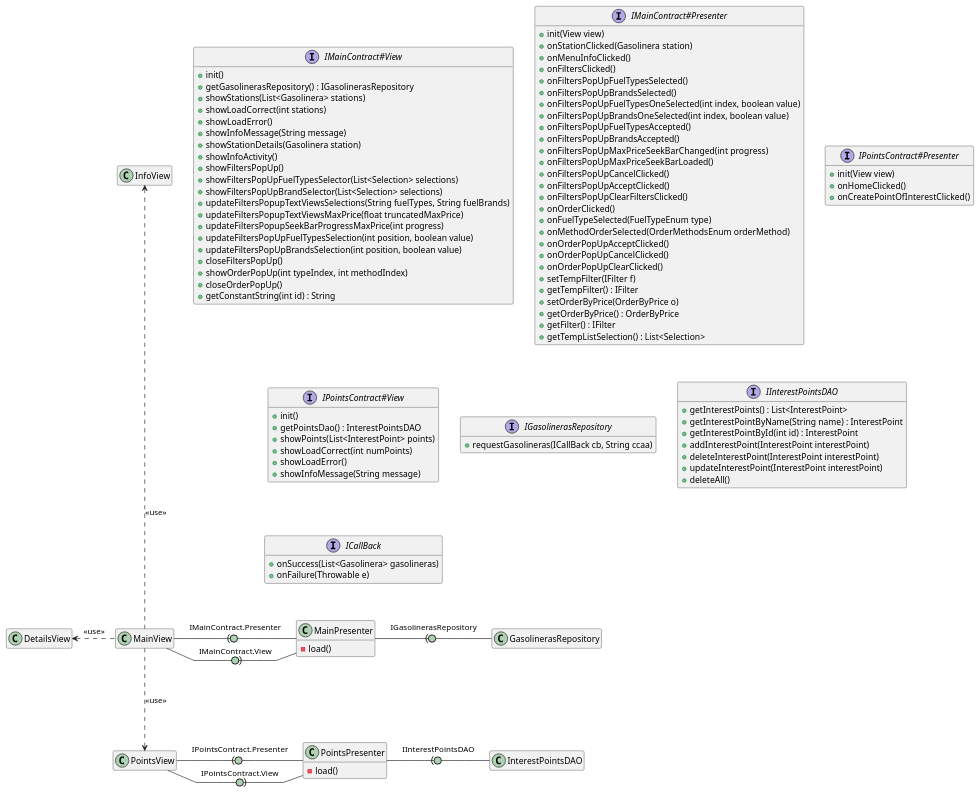
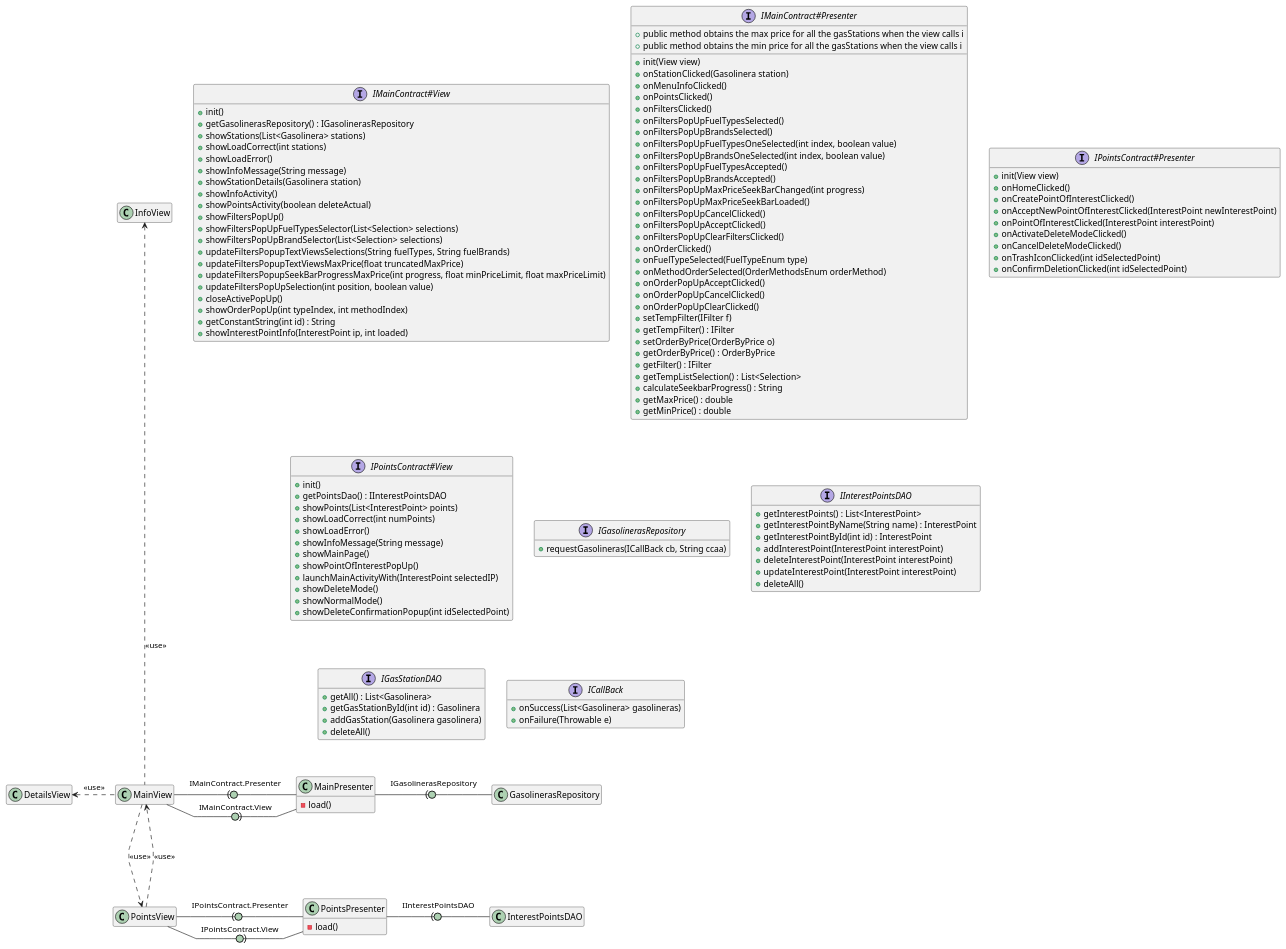
Before and after one commit to isunican/App-Gasolineras-Grupo1: the diagram in Docs/Models/architecture.puml, drawn with PlantUML.

Commit message:
Hacer uml de la arquitectura

```diff
--- a/Docs/Models/architecture.puml
+++ b/Docs/Models/architecture.puml
@@ -1,113 +1,139 @@
 @startuml clases
 
 hide empty members
 skinparam linetype polyline
 skinparam arrowLollipopColor #ADD1B2
 
 MainView -right(0- MainPresenter : IMainContract.Presenter
 MainView -right0)- MainPresenter : IMainContract.View
 PointsView -right(0- PointsPresenter : IPointsContract.Presenter
 PointsView -right0)- PointsPresenter  : IPointsContract.View
 MainView -up..-> InfoView : <<use>>
 MainView -left..> DetailsView : <<use>>
 MainView -down..> PointsView : <<use>>
+PointsView -..> MainView : <<use>>
 MainPresenter -right(0- GasolinerasRepository : IGasolinerasRepository
 PointsPresenter -right(0- InterestPointsDAO : IInterestPointsDAO
 
 class MainPresenter {
     -load()
 }
 
 class PointsPresenter {
     -load()
 }
 
 interface IMainContract#View {
     + init()
     + getGasolinerasRepository() : IGasolinerasRepository
     + showStations(List<Gasolinera> stations)
     + showLoadCorrect(int stations)
     + showLoadError()
     + showInfoMessage(String message)
     + showStationDetails(Gasolinera station)
     + showInfoActivity()
+    + showPointsActivity(boolean deleteActual)
     + showFiltersPopUp()
     + showFiltersPopUpFuelTypesSelector(List<Selection> selections)
     + showFiltersPopUpBrandSelector(List<Selection> selections)
     + updateFiltersPopupTextViewsSelections(String fuelTypes, String fuelBrands)
     + updateFiltersPopupTextViewsMaxPrice(float truncatedMaxPrice)
-    + updateFiltersPopupSeekBarProgressMaxPrice(int progress)
-    + updateFiltersPopUpFuelTypesSelection(int position, boolean value)
-    + updateFiltersPopUpBrandsSelection(int position, boolean value)
-    + closeFiltersPopUp()
+    + updateFiltersPopupSeekBarProgressMaxPrice(int progress, float minPriceLimit, float maxPriceLimit)
+    + updateFiltersPopUpSelection(int position, boolean value)
+    + closeActivePopUp()
     + showOrderPopUp(int typeIndex, int methodIndex)
-    + closeOrderPopUp()
     + getConstantString(int id) : String
+    + showInterestPointInfo(InterestPoint ip, int loaded)
 }
 
 interface IMainContract#Presenter {
     + init(View view)
     + onStationClicked(Gasolinera station)
     + onMenuInfoClicked()
+    + onPointsClicked()
     + onFiltersClicked()
     + onFiltersPopUpFuelTypesSelected()
     + onFiltersPopUpBrandsSelected()
     + onFiltersPopUpFuelTypesOneSelected(int index, boolean value)
     + onFiltersPopUpBrandsOneSelected(int index, boolean value)   
     + onFiltersPopUpFuelTypesAccepted()
     + onFiltersPopUpBrandsAccepted()
     + onFiltersPopUpMaxPriceSeekBarChanged(int progress)
     + onFiltersPopUpMaxPriceSeekBarLoaded()
     + onFiltersPopUpCancelClicked()
-    + onFiltersPopUpAcceptClicked()      
+    + onFiltersPopUpAcceptClicked()
     + onFiltersPopUpClearFiltersClicked()
     + onOrderClicked()
     + onFuelTypeSelected(FuelTypeEnum type)
     + onMethodOrderSelected(OrderMethodsEnum orderMethod)
     + onOrderPopUpAcceptClicked()
     + onOrderPopUpCancelClicked()
-    + onOrderPopUpClearClicked() 
-    + setTempFilter(IFilter f)   
-    + getTempFilter() : IFilter      
+    + onOrderPopUpClearClicked()
+    + setTempFilter(IFilter f)
+    + getTempFilter() : IFilter
     + setOrderByPrice(OrderByPrice o)
     + getOrderByPrice() : OrderByPrice
     + getFilter() : IFilter
     + getTempListSelection() : List<Selection>
+    + calculateSeekbarProgress() : String
+    + public method obtains the max price for all the gasStations when the view calls i
+    + getMaxPrice() : double
+    + public method obtains the min price for all the gasStations when the view calls i
+    + getMinPrice() : double
 }
 
 interface IPointsContract#Presenter {
     + init(View view)
     + onHomeClicked()
-    + onCreatePointOfInterestClicked()    
+    + onCreatePointOfInterestClicked()
+    + onAcceptNewPointOfInterestClicked(InterestPoint newInterestPoint)
+    + onPointOfInterestClicked(InterestPoint interestPoint)
+    + onActivateDeleteModeClicked()
+    + onCancelDeleteModeClicked()
+    + onTrashIconClicked(int idSelectedPoint)
+    + onConfirmDeletionClicked(int idSelectedPoint)    
 }
 
 interface IPointsContract#View {
-+ init()
-+ getPointsDao() : InterestPointsDAO    
-+ showPoints(List<InterestPoint> points)
-+ showLoadCorrect(int numPoints)        
-+ showLoadError()
-+ showInfoMessage(String message)
+    + init()
+    + getPointsDao() : IInterestPointsDAO
+    + showPoints(List<InterestPoint> points)
+    + showLoadCorrect(int numPoints)
+    + showLoadError()
+    + showInfoMessage(String message)
+    + showMainPage()
+    + showPointOfInterestPopUp()
+    + launchMainActivityWith(InterestPoint selectedIP)
+    + showDeleteMode()
+    + showNormalMode()
+    + showDeleteConfirmationPopup(int idSelectedPoint)
 }
 
 interface IGasolinerasRepository {
     + requestGasolineras(ICallBack cb, String ccaa)
 }
 
 interface IInterestPointsDAO {
     + getInterestPoints() : List<InterestPoint>
     + getInterestPointByName(String name) : InterestPoint
     + getInterestPointById(int id) : InterestPoint       
     + addInterestPoint(InterestPoint interestPoint)      
     + deleteInterestPoint(InterestPoint interestPoint)   
     + updateInterestPoint(InterestPoint interestPoint)   
     + deleteAll()
 }
 
+interface IGasStationDAO {
+    + getAll() : List<Gasolinera>
+    + getGasStationById(int id) : Gasolinera
+    + addGasStation(Gasolinera gasolinera)
+    + deleteAll()
+}
+
 interface ICallBack {
     + onSuccess(List<Gasolinera> gasolineras)
     + onFailure(Throwable e)
 }
 
 
 @enduml
```
